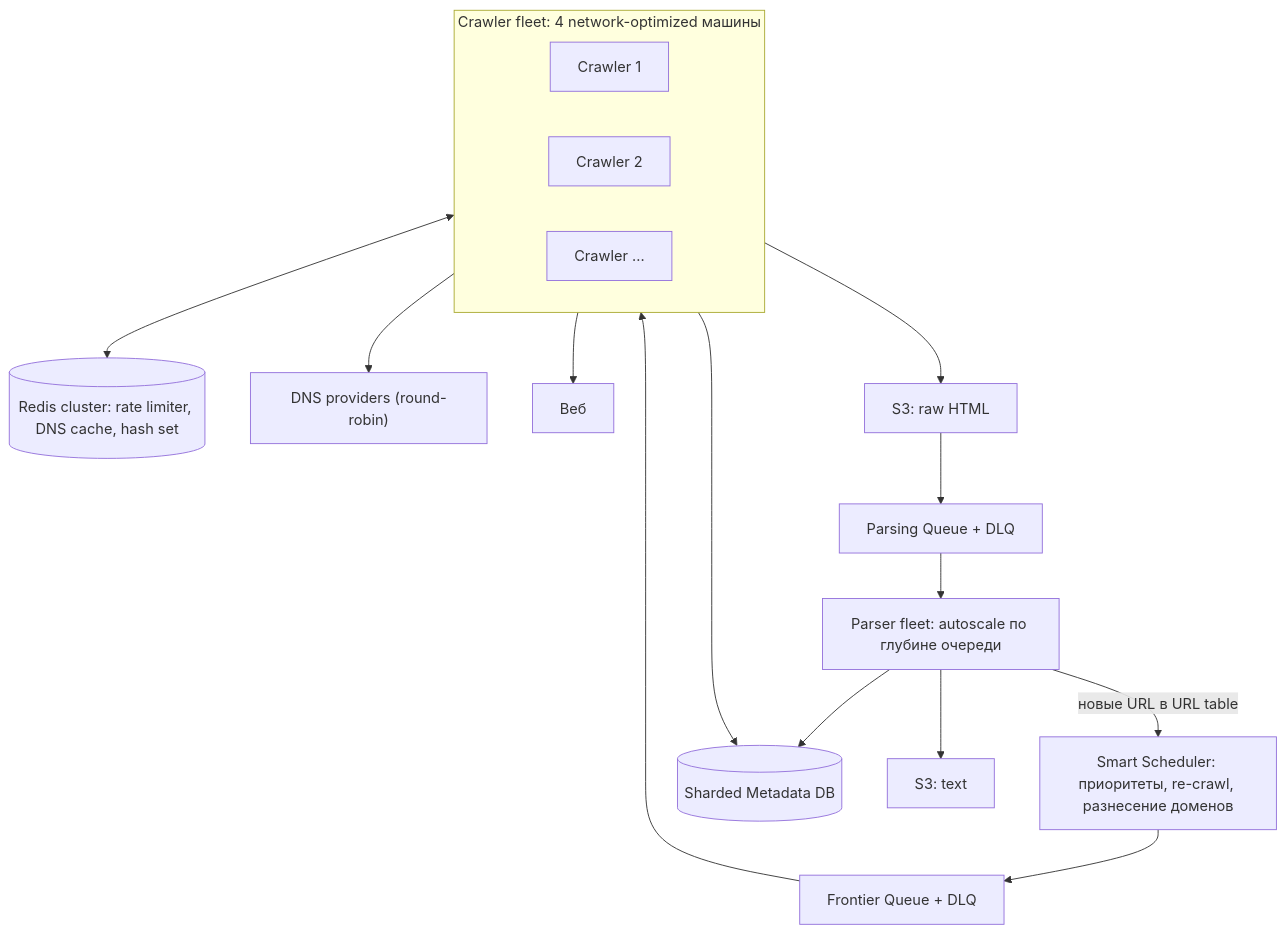
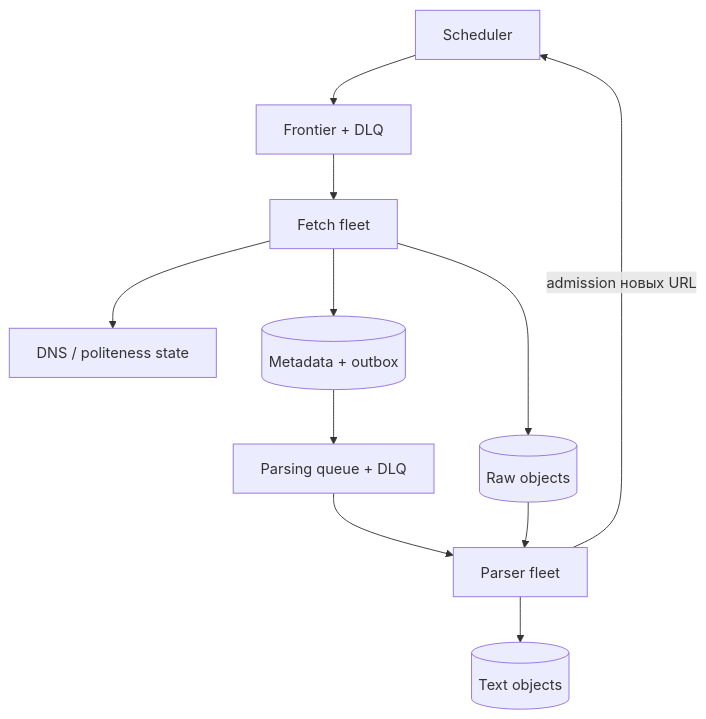
Before and after one commit to AlohaJava/system-design-interview-chamkin: the sixth of 6 diagrams in 02-case-studies/web-crawler.md, drawn with Mermaid. The commit also changed other lines of this file and 49 other files, not shown here.

````diff
--- a/02-case-studies/web-crawler.md
+++ b/02-case-studies/web-crawler.md
@@ -435,24 +374,13 @@
 ```mermaid
-flowchart TD
-    Scheduler["Smart Scheduler: приоритеты, re-crawl, разнесение доменов"]
-    Scheduler --> FQ["Frontier Queue + DLQ"]
-
-    subgraph CrawlerFleet["Crawler fleet: 4 network-optimized машины"]
-        C1["Crawler 1"]
-        C2["Crawler 2"]
-        C3["Crawler ..."]
-    end
-
-    FQ --> CrawlerFleet
-    CrawlerFleet <--> Redis[("Redis cluster: rate limiter, DNS cache, hash set")]
-    CrawlerFleet --> DNSP["DNS providers (round-robin)"]
-    CrawlerFleet --> Internet["Веб"]
-    CrawlerFleet --> S3R["S3: raw HTML"]
-    CrawlerFleet --> MDB[("Sharded Metadata DB")]
-
-    S3R --> PQ["Parsing Queue + DLQ"]
-    PQ --> PFleet["Parser fleet: autoscale по глубине очереди"]
-    PFleet --> S3T["S3: text"]
-    PFleet --> MDB
-    PFleet -->|новые URL в URL table| Scheduler
+flowchart TB
+    S["Scheduler"] --> Q["Frontier + DLQ"]
+    Q --> W["Fetch fleet"]
+    W --> R["DNS / politeness state"]
+    W --> B[("Raw objects")]
+    W --> M[("Metadata + outbox")]
+    M --> P["Parsing queue + DLQ"]
+    P --> F["Parser fleet"]
+    B --> F
+    F --> T[("Text objects")]
+    F -- "admission новых URL" --> S
 ```
````
